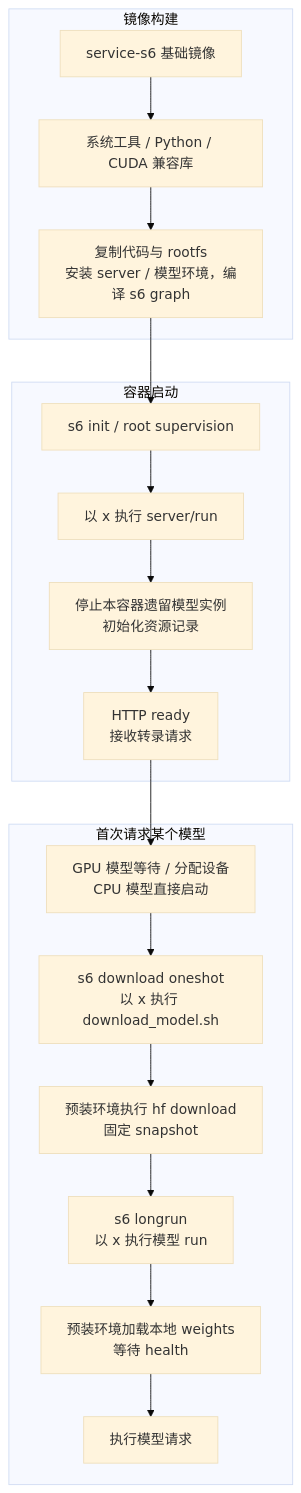
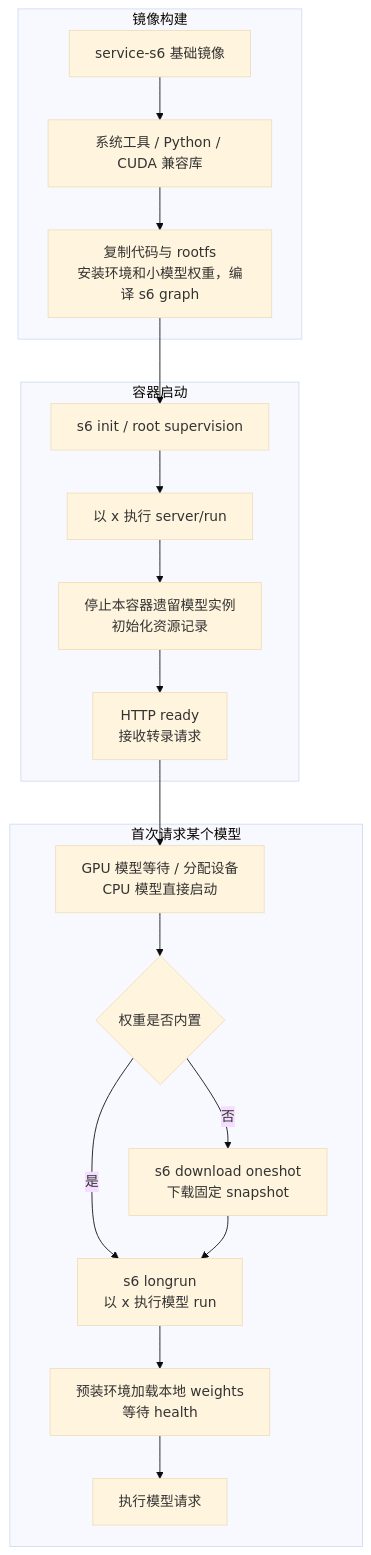
Before and after one commit to curoky/codespace: the second of 5 diagrams in platform/container/services/asr/DESIGN.md, drawn with Mermaid (base theme). The commit also changed other lines of this file and 29 other files, not shown here.

````diff
--- a/platform/container/services/asr/DESIGN.md
+++ b/platform/container/services/asr/DESIGN.md
@@ -104,21 +104,22 @@
 ```mermaid
 flowchart TD
     subgraph Build[镜像构建]
         B1[service-s6 基础镜像] --> B2[系统工具 / Python / CUDA 兼容库]
-        B2 --> B3[复制代码与 rootfs<br/>安装 server / 模型环境，编译 s6 graph]
+        B2 --> B3[复制代码与 rootfs<br/>安装环境和小模型权重，编译 s6 graph]
     end
     subgraph Boot[容器启动]
         B3 --> I[s6 init / root supervision]
         I --> S[以 x 执行 server/run]
         S --> R[停止本容器遗留模型实例<br/>初始化资源记录]
         R --> H[HTTP ready<br/>接收转录请求]
     end
     subgraph Demand[首次请求某个模型]
         H --> A[GPU 模型等待 / 分配设备<br/>CPU 模型直接启动]
-        A --> D[s6 download oneshot<br/>以 x 执行 download_model.sh]
-        D --> U[预装环境执行 hf download<br/>固定 snapshot]
-        U --> M[s6 longrun<br/>以 x 执行模型 run]
+        A --> D{权重是否内置}
+        D -->|否| U[s6 download oneshot<br/>下载固定 snapshot]
+        D -->|是| M[s6 longrun<br/>以 x 执行模型 run]
+        U --> M
         M --> V[预装环境加载本地 weights<br/>等待 health]
         V --> Q[执行模型请求]
     end
 ```
````
